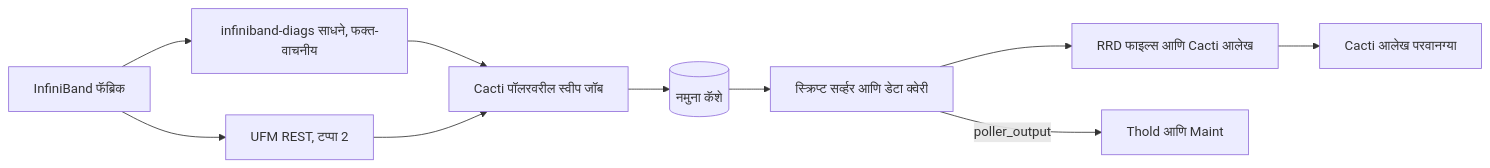
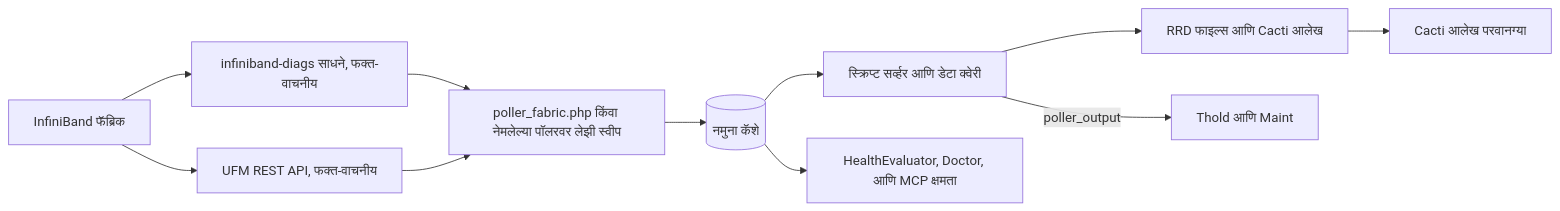
Before and after one commit to somethingwithproof/plugin_fabric: the diagram in docs/i18n/mr-IN/README.md, drawn with Mermaid. The commit also changed other lines of this file and 48 other files, not shown here.

````diff
--- a/docs/i18n/mr-IN/README.md
+++ b/docs/i18n/mr-IN/README.md
@@ -100,12 +132,13 @@
 ```mermaid
 flowchart LR
     F[InfiniBand फॅब्रिक] --> T[infiniband-diags साधने, फक्त-वाचनीय]
-    F --> U[UFM REST, टप्पा 2]
-    T --> S[Cacti पॉलरवरील स्वीप जॉब]
+    F --> U[UFM REST API, फक्त-वाचनीय]
+    T --> S[poller_fabric.php किंवा नेमलेल्या पॉलरवर लेझी स्वीप]
     U --> S
     S --> C[(नमुना कॅशे)]
     C --> SS[स्क्रिप्ट सर्व्हर आणि डेटा क्वेरी]
     SS --> R[RRD फाइल्स आणि Cacti आलेख]
     SS -->|poller_output| TH[Thold आणि Maint]
+    C --> H[HealthEvaluator, Doctor, आणि MCP क्षमता]
     R --> P[Cacti आलेख परवानग्या]
 ```
````
